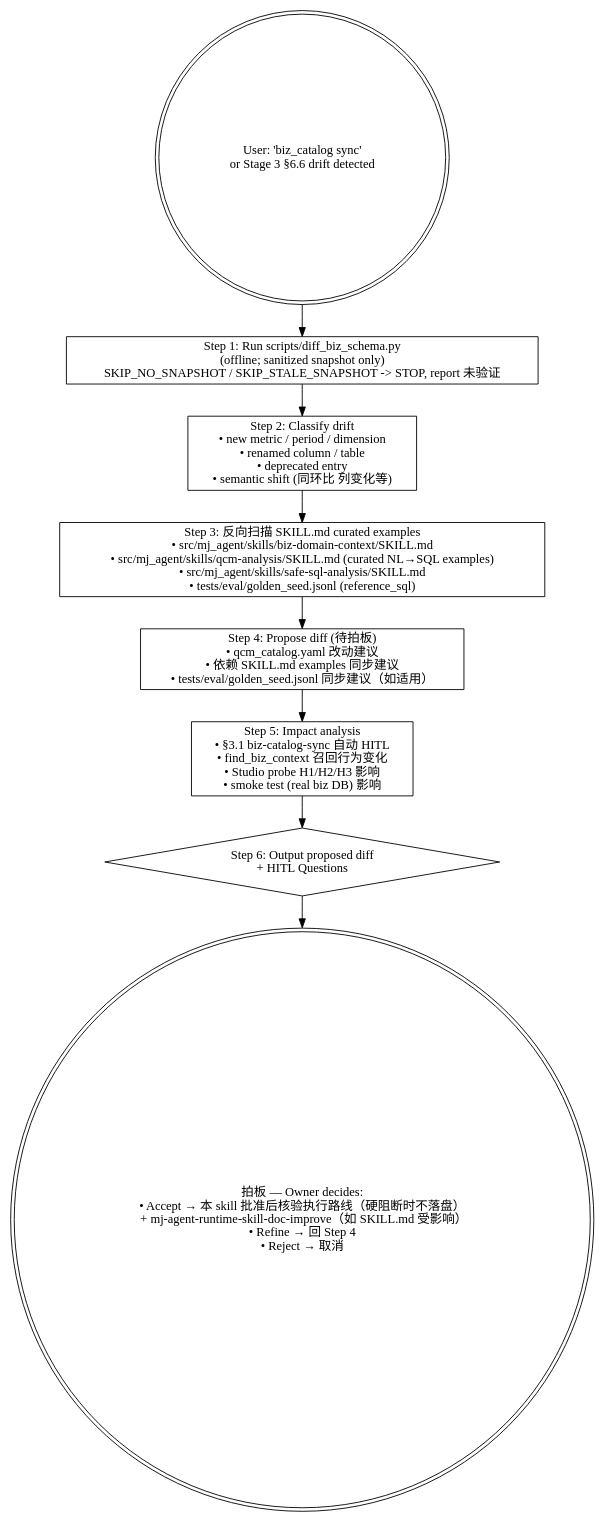
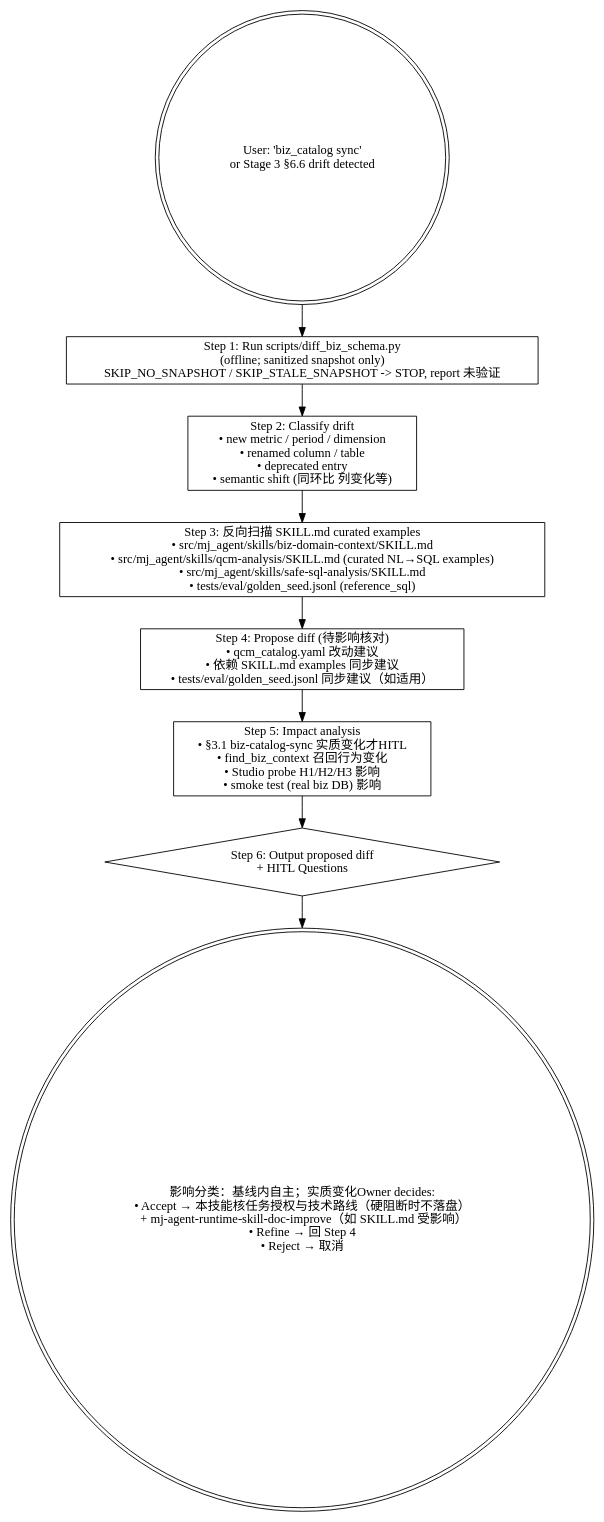
One commit to MJ-AgentLab/mj-agent changed the diagram in .agents/skills/mj-agent-runtime-biz-catalog-sync/SKILL.md. Above: the diagram before and after it, drawn with Graphviz. The commit also changed other lines of this file and 134 other files, not shown here.

````diff
--- a/.agents/skills/mj-agent-runtime-biz-catalog-sync/SKILL.md
+++ b/.agents/skills/mj-agent-runtime-biz-catalog-sync/SKILL.md
@@ -57,22 +58,22 @@
 ```dot
 digraph sync {
   rankdir=TB;
   start [label="User: 'biz_catalog sync'\nor Stage 3 §6.6 drift detected" shape=doublecircle];
 
   s1 [label="Step 1: Run scripts/diff_biz_schema.py\n(offline; sanitized snapshot only)\nSKIP_NO_SNAPSHOT / SKIP_STALE_SNAPSHOT -> STOP, report 未验证" shape=box];
 
   s2 [label="Step 2: Classify drift\n• new metric / period / dimension\n• renamed column / table\n• deprecated entry\n• semantic shift (同环比 列变化等)" shape=box];
 
   s3 [label="Step 3: 反向扫描 SKILL.md curated examples\n• src/mj_agent/skills/biz-domain-context/SKILL.md\n• src/mj_agent/skills/qcm-analysis/SKILL.md (curated NL→SQL examples)\n• src/mj_agent/skills/safe-sql-analysis/SKILL.md\n• tests/eval/golden_seed.jsonl (reference_sql)" shape=box];
 
-  s4 [label="Step 4: Propose diff (待拍板)\n• qcm_catalog.yaml 改动建议\n• 依赖 SKILL.md examples 同步建议\n• tests/eval/golden_seed.jsonl 同步建议（如适用）" shape=box];
+  s4 [label="Step 4: Propose diff (待影响核对)\n• qcm_catalog.yaml 改动建议\n• 依赖 SKILL.md examples 同步建议\n• tests/eval/golden_seed.jsonl 同步建议（如适用）" shape=box];
 
-  s5 [label="Step 5: Impact analysis\n• §3.1 biz-catalog-sync 自动 HITL\n• find_biz_context 召回行为变化\n• Studio probe H1/H2/H3 影响\n• smoke test (real biz DB) 影响" shape=box];
+  s5 [label="Step 5: Impact analysis\n• §3.1 biz-catalog-sync 实质变化才HITL\n• find_biz_context 召回行为变化\n• Studio probe H1/H2/H3 影响\n• smoke test (real biz DB) 影响" shape=box];
 
   s6 [label="Step 6: Output proposed diff\n+ HITL Questions" shape=diamond];
 
-  hitl [label="拍板 — Owner decides:\n• Accept → 本 skill 批准后核验执行路线（硬阻断时不落盘）\n  + mj-agent-runtime-skill-doc-improve（如 SKILL.md 受影响）\n• Refine → 回 Step 4\n• Reject → 取消" shape=doublecircle];
+  hitl [label="影响分类：基线内自主；实质变化Owner decides:\n• Accept → 本技能核任务授权与技术路线（硬阻断时不落盘）\n  + mj-agent-runtime-skill-doc-improve（如 SKILL.md 受影响）\n• Refine → 回 Step 4\n• Reject → 取消" shape=doublecircle];
 
   start -> s1 -> s2 -> s3 -> s4 -> s5 -> s6 -> hitl;
 }
 ```
````
